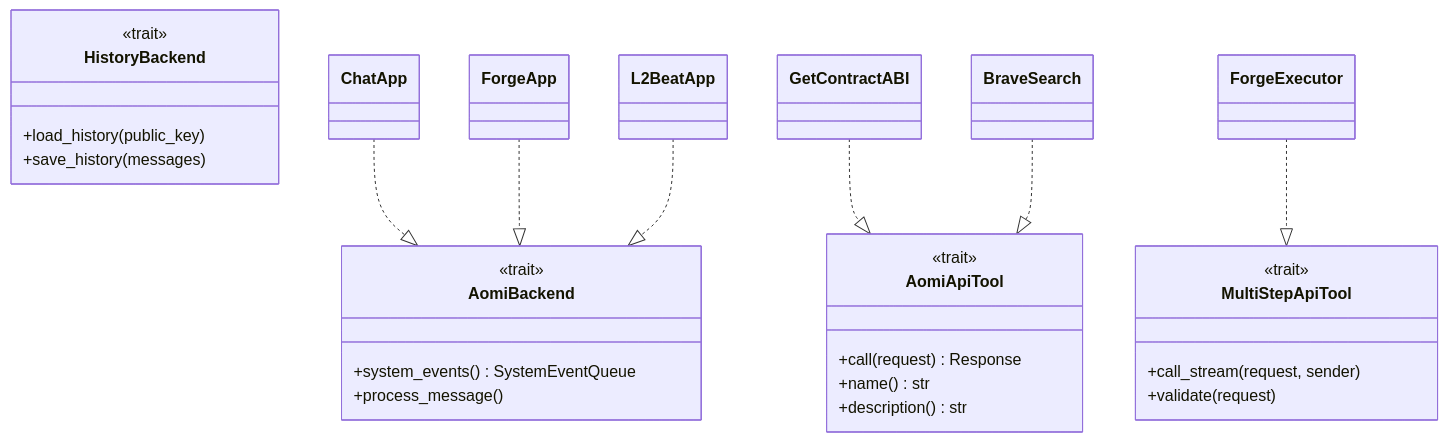
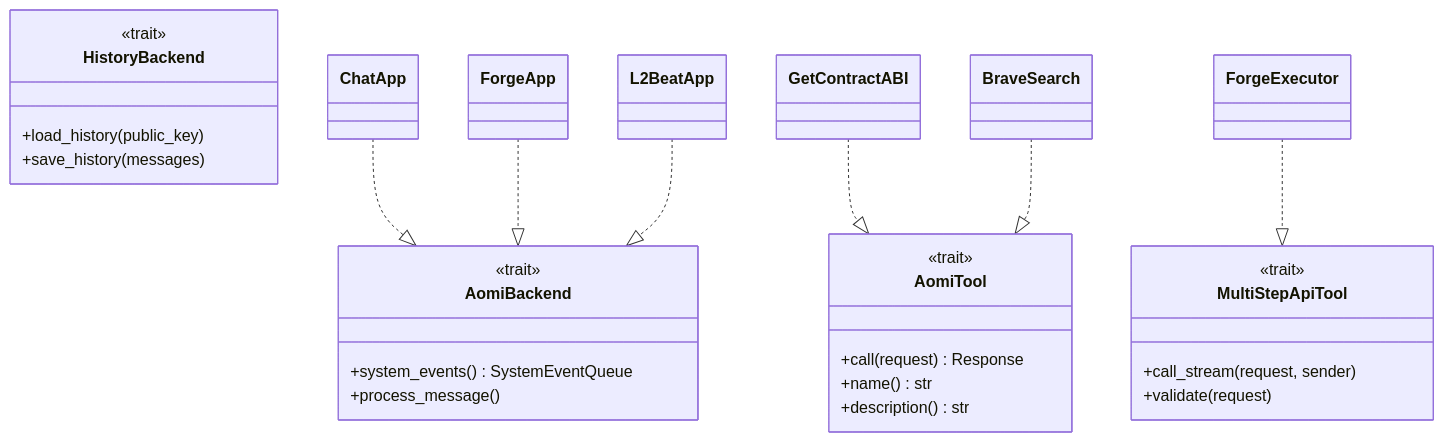
The fifth of 7 diagrams in docs/architecture.md (aomi-labs/product-mono), drawn with Mermaid before and after one commit. The commit also changed other lines of this file and 20 other files, not shown here.

````diff
--- a/docs/architecture.md
+++ b/docs/architecture.md
@@ -270,36 +270,36 @@
 ```mermaid
 classDiagram
     class AomiBackend {
         <<trait>>
         +system_events() SystemEventQueue
         +process_message()
     }
 
-    class AomiApiTool {
+    class AomiTool {
         <<trait>>
         +call(request) Response
         +name() str
         +description() str
     }
 
     class MultiStepApiTool {
         <<trait>>
         +call_stream(request, sender)
         +validate(request)
     }
 
     class HistoryBackend {
         <<trait>>
         +load_history(public_key)
         +save_history(messages)
     }
 
     ChatApp ..|> AomiBackend
     ForgeApp ..|> AomiBackend
     L2BeatApp ..|> AomiBackend
 
-    GetContractABI ..|> AomiApiTool
-    BraveSearch ..|> AomiApiTool
+    GetContractABI ..|> AomiTool
+    BraveSearch ..|> AomiTool
 
     ForgeExecutor ..|> MultiStepApiTool
 ```
````
